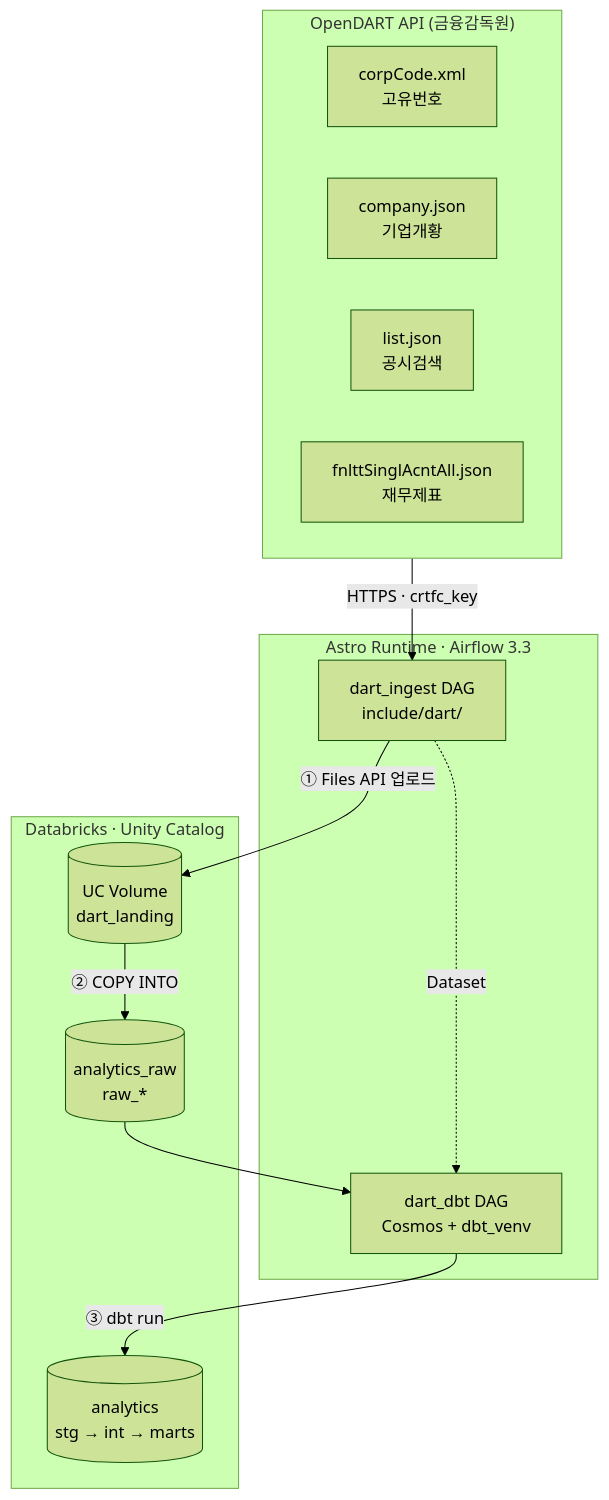
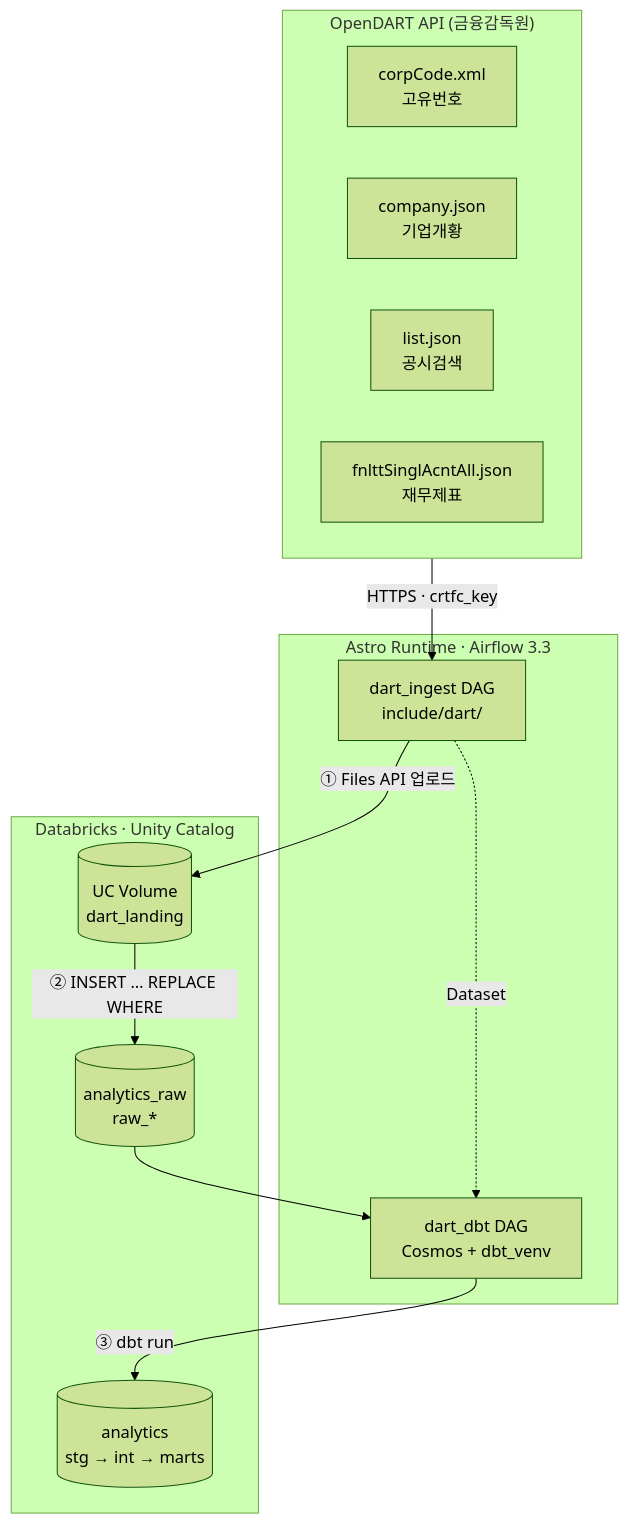
The diagram in docs/architecture.mmd (DailyRoutiner/airflow_dbt), drawn with Mermaid (forest theme) before and after one commit. The commit also changed 14 other files, not shown here.

```diff
--- a/docs/architecture.mmd
+++ b/docs/architecture.mmd
@@ -1,25 +1,25 @@
 flowchart TB
     subgraph DART["OpenDART API (금융감독원)"]
         A1["corpCode.xml<br/>고유번호"]
         A2["company.json<br/>기업개황"]
         A3["list.json<br/>공시검색"]
         A4["fnlttSinglAcntAll.json<br/>재무제표"]
     end
 
     subgraph AF["Astro Runtime · Airflow 3.3"]
         B1["dart_ingest DAG<br/>include/dart/"]
         B2["dart_dbt DAG<br/>Cosmos + dbt_venv"]
         B1 -. "Dataset" .-> B2
     end
 
     subgraph DBX["Databricks · Unity Catalog"]
         C1[("UC Volume<br/>dart_landing")]
         C2[("analytics_raw<br/>raw_*")]
         C3[("analytics<br/>stg → int → marts")]
     end
 
     DART -->|"HTTPS · crtfc_key"| B1
     B1 -->|"① Files API 업로드"| C1
-    C1 -->|"② COPY INTO"| C2
+    C1 -->|"② INSERT … REPLACE WHERE"| C2
     C2 --> B2
     B2 -->|"③ dbt run"| C3
```
